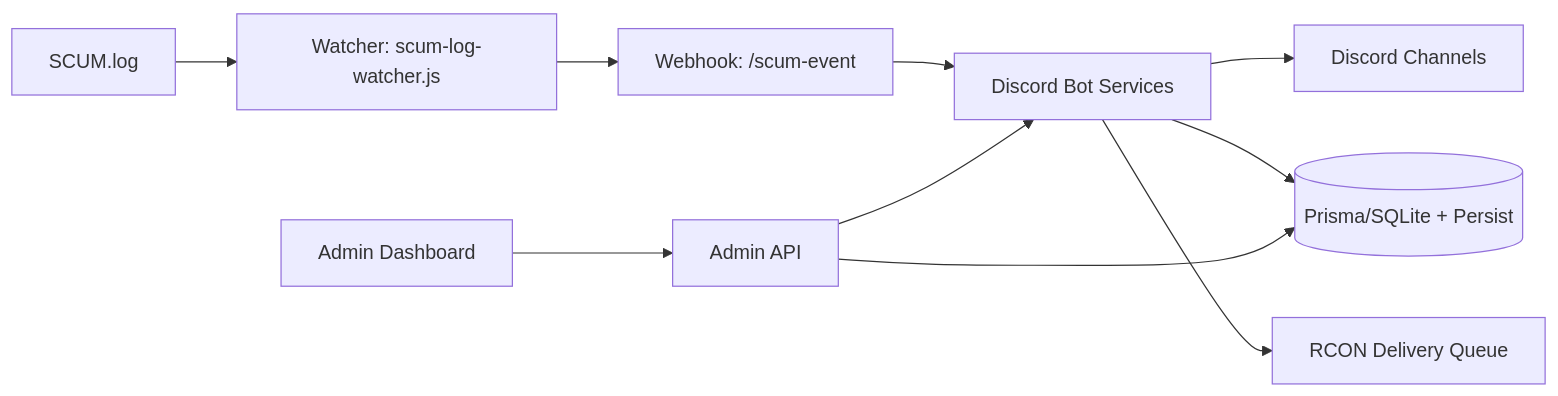
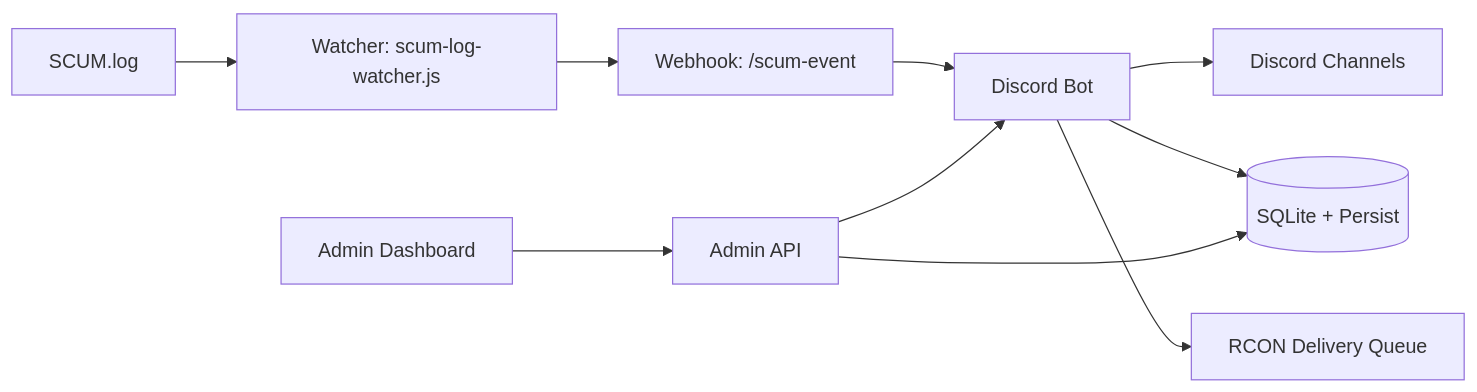
Before and after one commit to kogawz1997/Scum-bot-discord-Full-: the diagram in README.md, drawn with Mermaid. The commit also changed other lines of this file and 4 other files, not shown here.

````diff
--- a/README.md
+++ b/README.md
@@ -67,12 +61,12 @@
 ```mermaid
 flowchart LR
   A[SCUM.log] --> B[Watcher: scum-log-watcher.js]
   B --> C[Webhook: /scum-event]
-  C --> D[Discord Bot Services]
+  C --> D[Discord Bot]
   D --> E[Discord Channels]
-  D --> F[(Prisma/SQLite + Persist)]
+  D --> F[(SQLite + Persist)]
   G[Admin Dashboard] --> H[Admin API]
   H --> F
   H --> D
   D --> I[RCON Delivery Queue]
 ```
````
